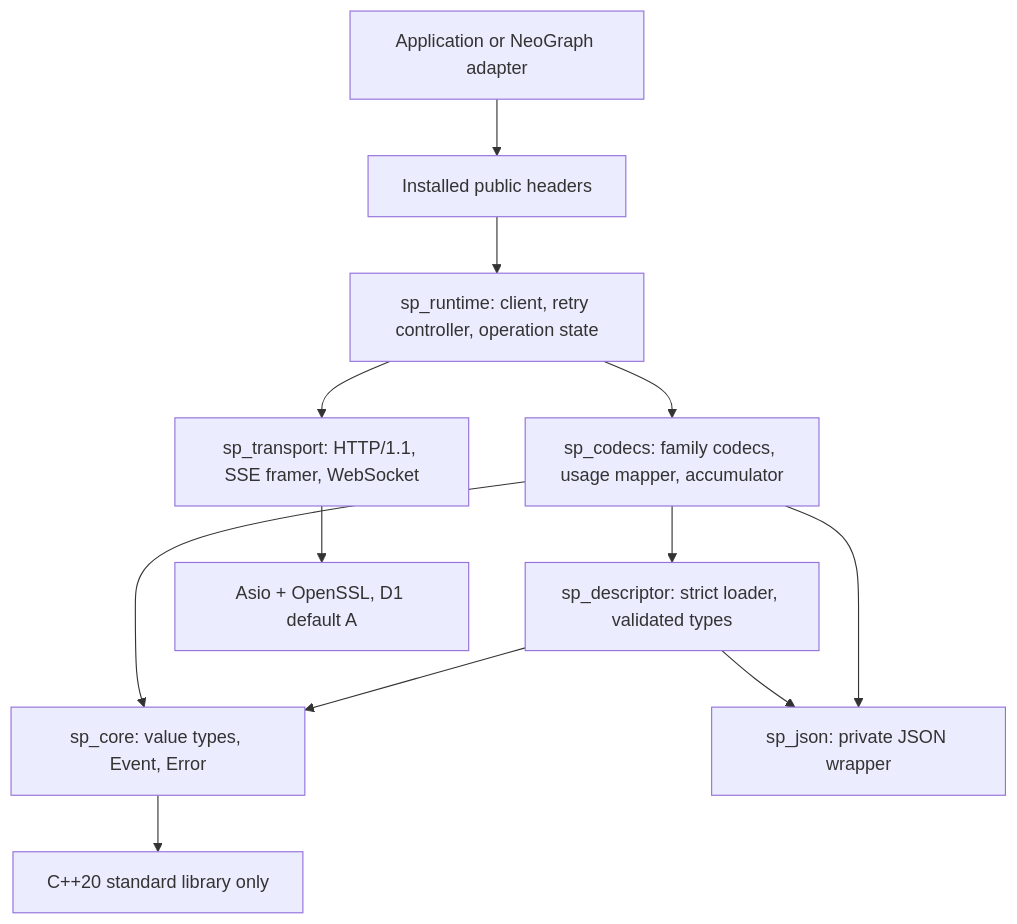
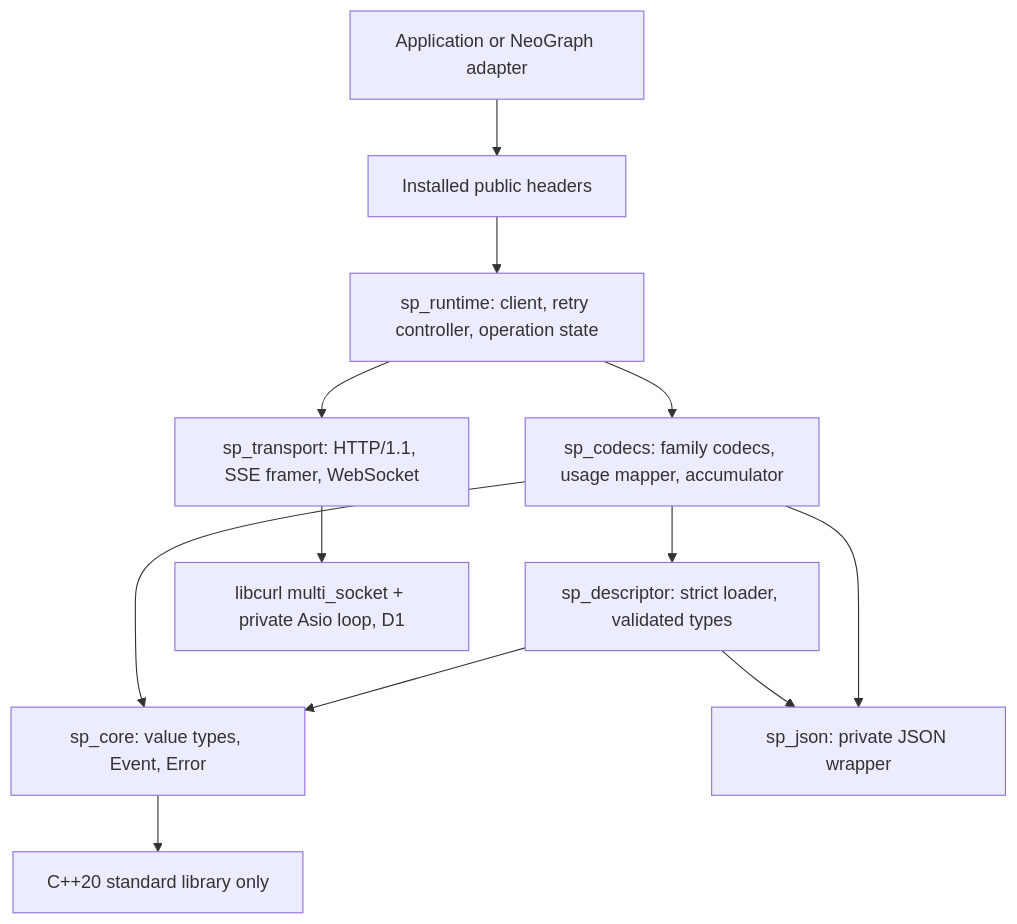
Before and after one commit to fox1245/SchemaProvider: the diagram in docs/DESIGN.md, drawn with Mermaid. The commit also changed other lines of this file and 7 other files, not shown here.

````diff
--- a/docs/DESIGN.md
+++ b/docs/DESIGN.md
@@ -35,14 +35,14 @@
 ```mermaid
 graph TD
   App[Application or NeoGraph adapter] --> Pub[Installed public headers]
   Pub --> Runtime[sp_runtime: client, retry controller, operation state]
   Runtime --> Codecs[sp_codecs: family codecs, usage mapper, accumulator]
   Runtime --> Transport[sp_transport: HTTP/1.1, SSE framer, WebSocket]
   Codecs --> Desc[sp_descriptor: strict loader, validated types]
   Codecs --> Core[sp_core: value types, Event, Error]
   Desc --> Core
   Desc --> Json[sp_json: private JSON wrapper]
   Codecs --> Json
-  Transport --> TP[Asio + OpenSSL, D1 default A]
+  Transport --> TP[libcurl multi_socket + private Asio loop, D1]
   Core --> Std[C++20 standard library only]
 ```
````
